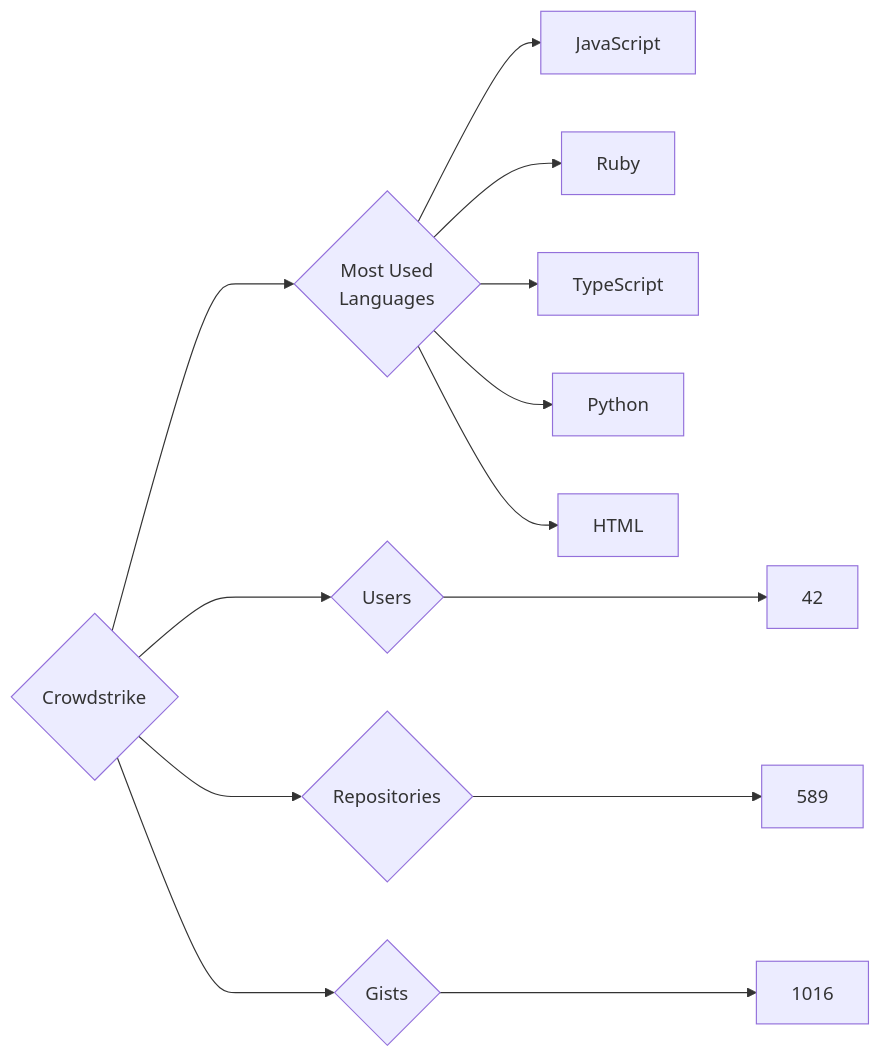
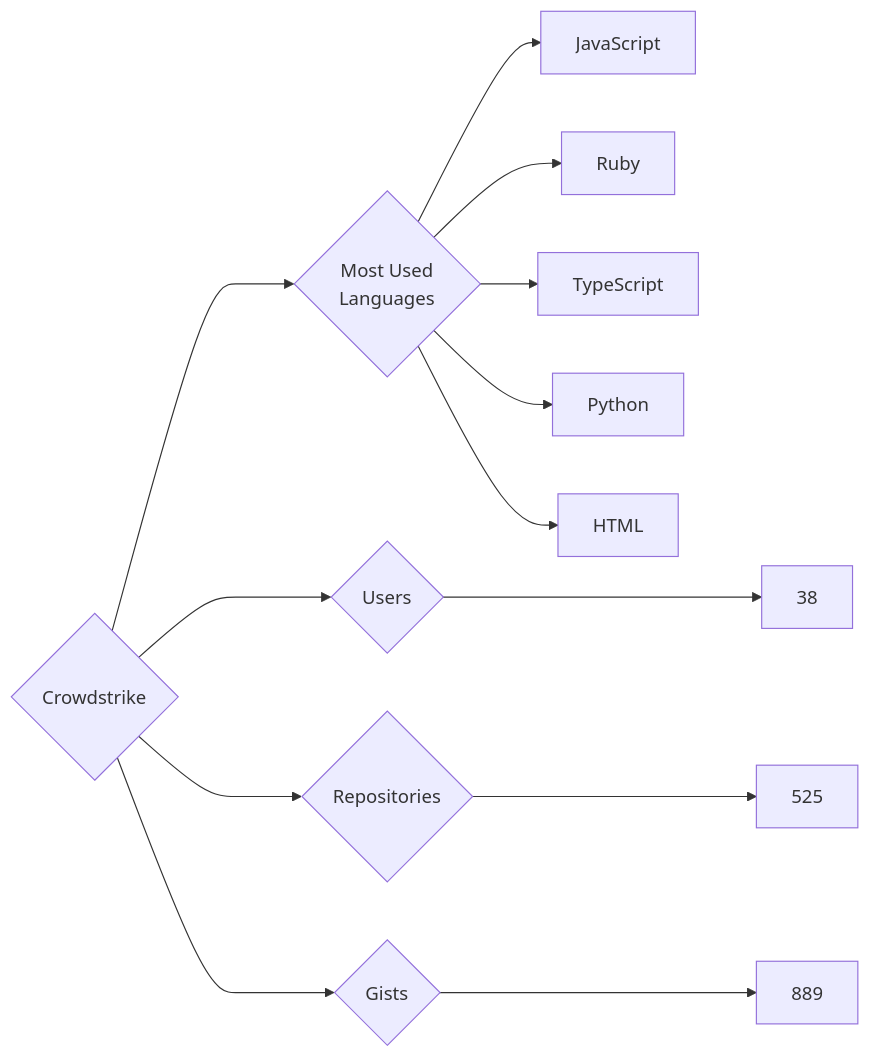
One commit to trickest/insiders changed the diagram in targets/Crowdstrike/README.md. Above: the diagram before and after it, drawn with Mermaid. The commit also changed 440 other files, not shown here.

````diff
--- a/targets/Crowdstrike/README.md
+++ b/targets/Crowdstrike/README.md
@@ -3,13 +3,13 @@
 ```mermaid
 graph LR
 COMPANY_NAME{Crowdstrike}
-COMPANY_NAME ---> U{Users} ---> UN[42]
-COMPANY_NAME ---> R{Repositories} ---> RN[589]
-COMPANY_NAME ---> G{Gists} ---> GN[1016]
+COMPANY_NAME ---> U{Users} ---> UN[38]
+COMPANY_NAME ---> R{Repositories} ---> RN[525]
+COMPANY_NAME ---> G{Gists} ---> GN[889]
 COMPANY_NAME ---> ML{Most Used<br>Languages}
 ML --> JavaScript[JavaScript]
 ML --> Ruby[Ruby]
 ML --> TypeScript[TypeScript]
 ML --> Python[Python]
 ML --> HTML[HTML]
 ```
````
